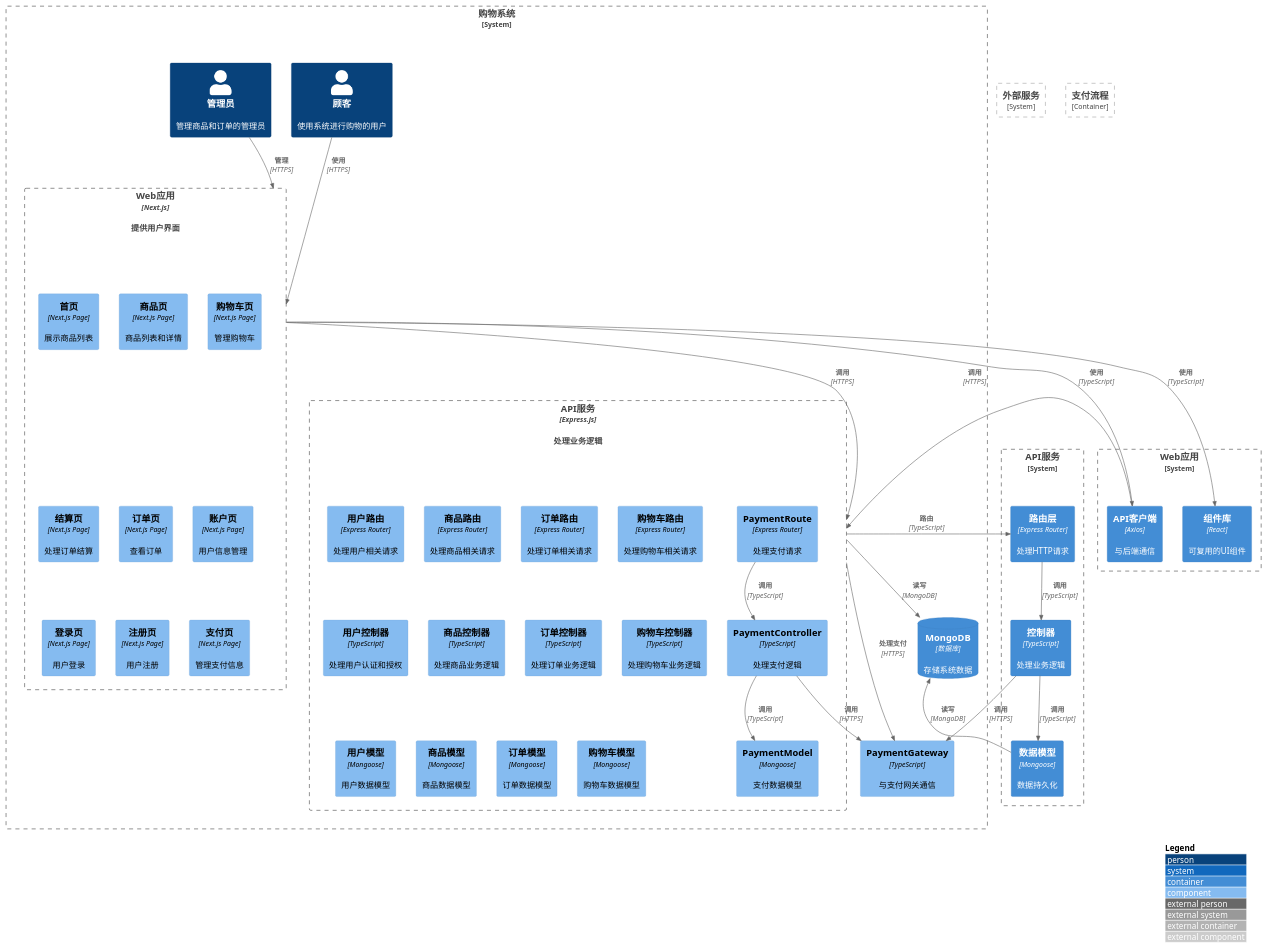
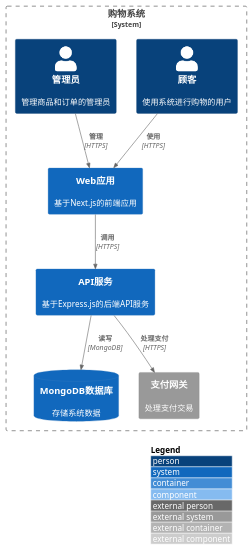
The diagram in docs/architecture/c4-context.puml (felixzhu97/shopping-system-public), drawn with PlantUML before and after one commit. The commit also changed 10 other files, not shown here.

Commit message:
docs: 更新系统架构图，添加 C4 模型的上下文图、容器图、组件图和支付流程图，删除旧的 C4 模型文件

```diff
--- a/docs/architecture/c4-context.puml
+++ b/docs/architecture/c4-context.puml
@@ -1,100 +1,25 @@
 @startuml
 !include ./c4-plantuml/C4_Context.puml
 !include ./c4-plantuml//C4_Container.puml
 !include ./c4-plantuml//C4_Component.puml
 
 LAYOUT_WITH_LEGEND()
 
 ' 系统上下文图
 System_Boundary(system, "购物系统") {
     Person(customer, "顾客", "使用系统进行购物的用户")
     Person(admin, "管理员", "管理商品和订单的管理员")
 
     System(web_app, "Web应用", "基于Next.js的前端应用")
     System(api, "API服务", "基于Express.js的后端API服务")
     SystemDb(db, "MongoDB数据库", "存储系统数据")
     System_Ext(payment_gateway, "支付网关", "处理支付交易")
 }
 
 Rel(customer, web_app, "使用", "HTTPS")
 Rel(admin, web_app, "管理", "HTTPS")
 Rel(web_app, api, "调用", "HTTPS")
 Rel(api, db, "读写", "MongoDB")
 Rel(api, payment_gateway, "处理支付", "HTTPS")
 
-' 容器图
-System_Boundary(web_app_boundary, "Web应用") {
-    Container(web_app, "Web应用", "Next.js", "提供用户界面")
-    Container(components, "组件库", "React", "可复用的UI组件")
-    Container(api_client, "API客户端", "Axios", "与后端通信")
-}
-
-System_Boundary(api_boundary, "API服务") {
-    Container(api, "API服务", "Express.js", "处理业务逻辑")
-    Container(routes, "路由层", "Express Router", "处理HTTP请求")
-    Container(controllers, "控制器", "TypeScript", "处理业务逻辑")
-    Container(models, "数据模型", "Mongoose", "数据持久化")
-}
-
-System_Boundary(external_boundary, "外部服务") {
-    ContainerDb(db, "MongoDB", "数据库", "存储系统数据")
-    System_Ext(payment_gateway, "支付网关", "处理支付")
-}
-
-Rel(web_app, components, "使用", "TypeScript")
-Rel(web_app, api_client, "使用", "TypeScript")
-Rel(api_client, api, "调用", "HTTPS")
-Rel(api, routes, "路由", "TypeScript")
-Rel(routes, controllers, "调用", "TypeScript")
-Rel(controllers, models, "调用", "TypeScript")
-Rel(models, db, "读写", "MongoDB")
-Rel(controllers, payment_gateway, "调用", "HTTPS")
-
-' 组件图 - Web应用
-Container_Boundary(web_app, "Web应用") {
-    Component(home_page, "首页", "Next.js Page", "展示商品列表")
-    Component(products_page, "商品页", "Next.js Page", "商品列表和详情")
-    Component(cart_page, "购物车页", "Next.js Page", "管理购物车")
-    Component(checkout_page, "结算页", "Next.js Page", "处理订单结算")
-    Component(orders_page, "订单页", "Next.js Page", "查看订单")
-    Component(account_page, "账户页", "Next.js Page", "用户信息管理")
-    Component(login_page, "登录页", "Next.js Page", "用户登录")
-    Component(register_page, "注册页", "Next.js Page", "用户注册")
-    Component(payment_page, "支付页", "Next.js Page", "管理支付信息")
-}
-
-' 组件图 - API服务
-Container_Boundary(api, "API服务") {
-    Component(users_route, "用户路由", "Express Router", "处理用户相关请求")
-    Component(products_route, "商品路由", "Express Router", "处理商品相关请求")
-    Component(orders_route, "订单路由", "Express Router", "处理订单相关请求")
-    Component(cart_route, "购物车路由", "Express Router", "处理购物车相关请求")
-    Component(payment_route, "支付路由", "Express Router", "处理支付相关请求")
-
-    Component(user_controller, "用户控制器", "TypeScript", "处理用户认证和授权")
-    Component(product_controller, "商品控制器", "TypeScript", "处理商品业务逻辑")
-    Component(order_controller, "订单控制器", "TypeScript", "处理订单业务逻辑")
-    Component(cart_controller, "购物车控制器", "TypeScript", "处理购物车业务逻辑")
-    Component(payment_controller, "支付控制器", "TypeScript", "处理支付业务逻辑")
-
-    Component(user_model, "用户模型", "Mongoose", "用户数据模型")
-    Component(product_model, "商品模型", "Mongoose", "商品数据模型")
-    Component(order_model, "订单模型", "Mongoose", "订单数据模型")
-    Component(cart_model, "购物车模型", "Mongoose", "购物车数据模型")
-    Component(payment_model, "支付模型", "Mongoose", "支付数据模型")
-}
-
-' 代码图 - 支付流程
-Container_Boundary(payment_flow, "支付流程") {
-    Component(payment_route, "PaymentRoute", "Express Router", "处理支付请求")
-    Component(payment_controller, "PaymentController", "TypeScript", "处理支付逻辑")
-    Component(payment_model, "PaymentModel", "Mongoose", "支付数据模型")
-    Component(payment_gateway, "PaymentGateway", "TypeScript", "与支付网关通信")
-}
-
-Rel(payment_route, payment_controller, "调用", "TypeScript")
-Rel(payment_controller, payment_model, "调用", "TypeScript")
-Rel(payment_controller, payment_gateway, "调用", "HTTPS")
-
-
 @enduml
```
